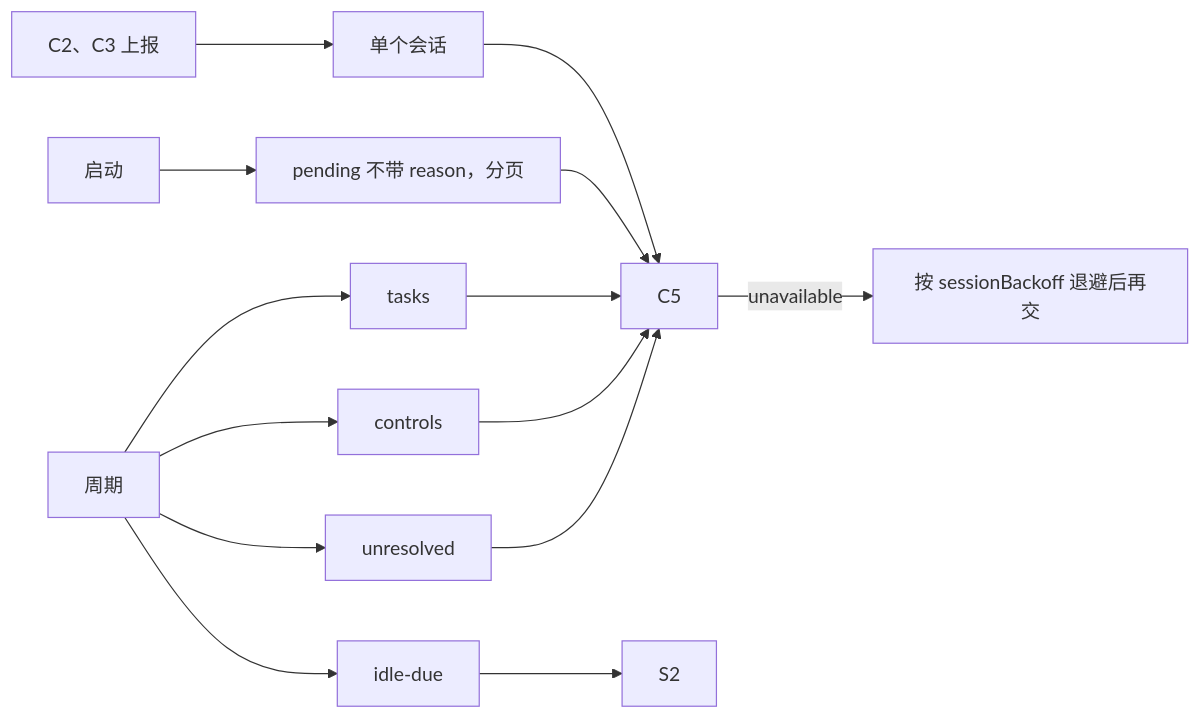
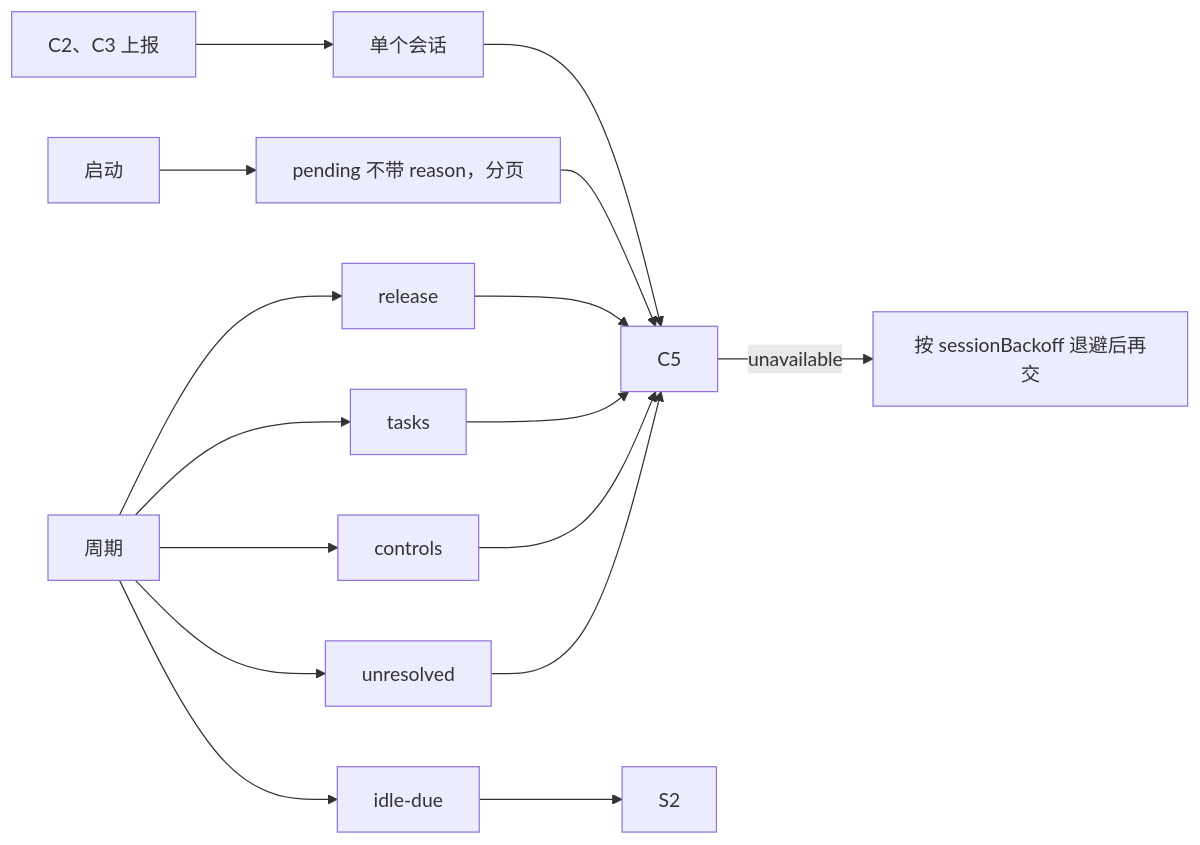
One commit to nemori-ai/omne-harness-lite changed diagram 14 of 17 in packages/session/session/docs/flows.md. Above: the diagram before and after it, drawn with Mermaid. The commit also changed other lines of this file and 3 other files, not shown here.

````diff
--- a/packages/session/session/docs/flows.md
+++ b/packages/session/session/docs/flows.md
@@ -324,11 +360,12 @@
 ```mermaid
 flowchart LR
     B[启动] --> All[pending 不带 reason，分页]
     P[周期] --> R1[unresolved] --> C5[C5]
     P --> R2[controls] --> C5
     P --> R3[tasks] --> C5
     P --> R4[idle-due] --> S2[S2]
+    P --> R5[release] --> C5
     All --> C5
     U[C2、C3 上报] --> One[单个会话] --> C5
     C5 -->|unavailable| BO[按 sessionBackoff 退避后再交]
 ```
````
